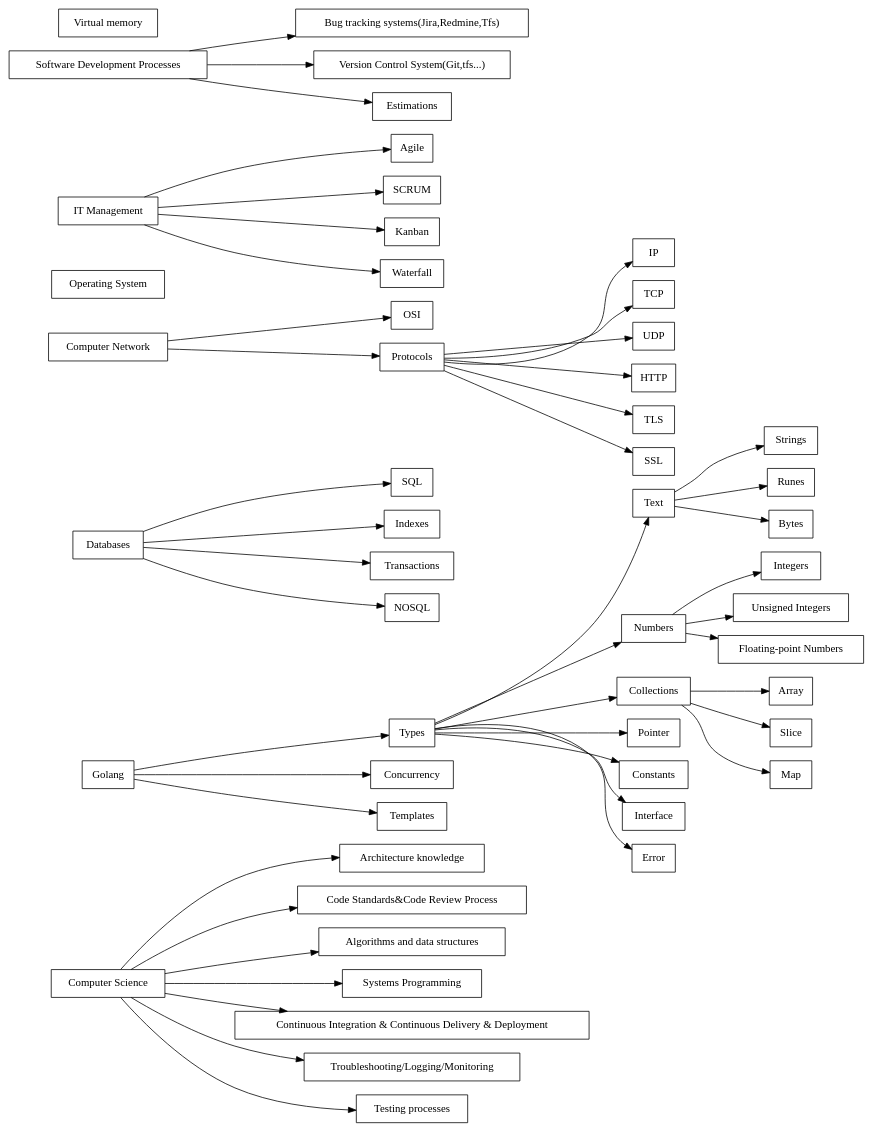
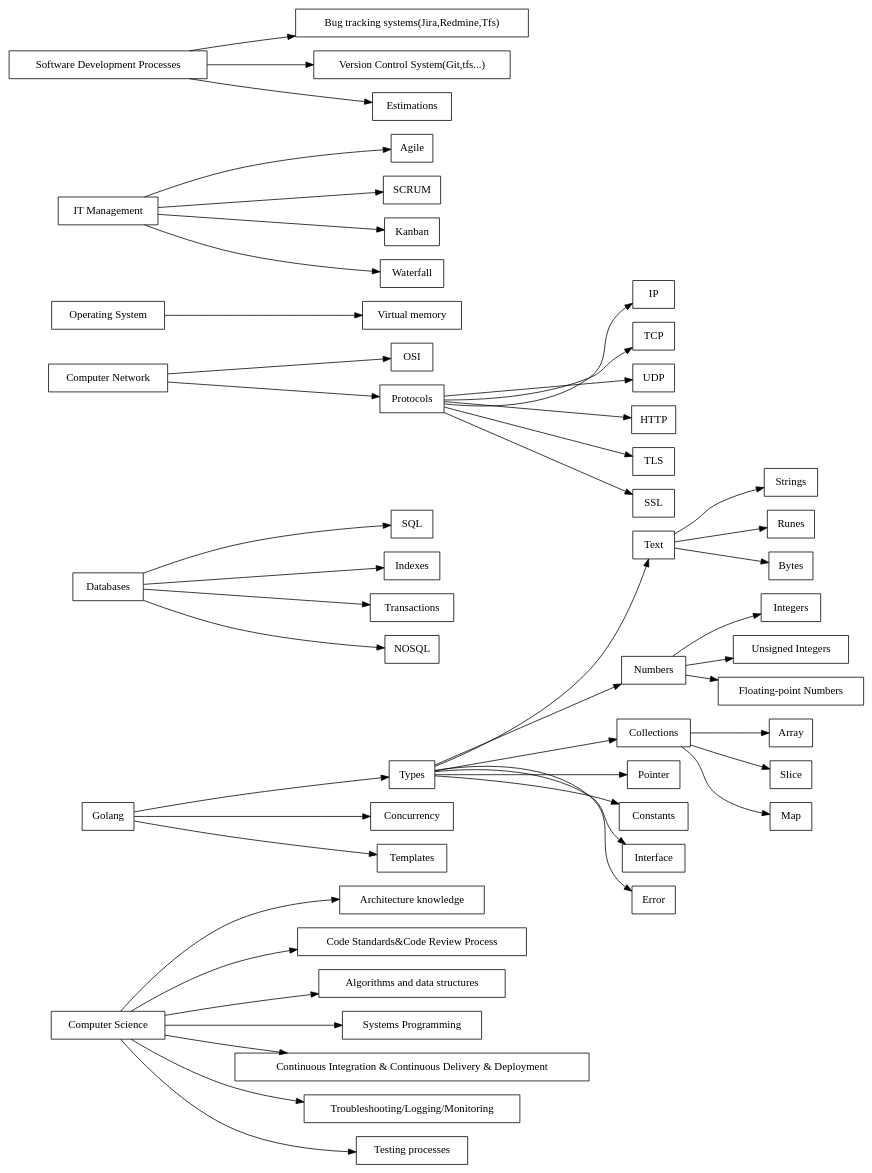
One commit to srce/roadmap changed the diagram in roadmap.dot. Above: the diagram before and after it, drawn with Graphviz. The commit also changed 1 other file, not shown here.

Commit message:
added virtual memoru to OS

```diff
--- a/roadmap.dot
+++ b/roadmap.dot
@@ -1,116 +1,118 @@
 // This document is written on DOT language
 // by Dzyanis Kuzmenka
 
 digraph backend {
     rankdir="LR";
     node [shape=box];
 
     cs         [label="Computer Science"];
     go         [label="Golang"];
     db         [label="Databases"];
     networks   [label="Computer Network"];
     os         [label="Operating System"];
     management [label="IT Management"];
     processing [label="Software Development Processes"];
 
     // Computer Science
     subgraph cs {
         cs -> {
             cs_architecture [label="Architecture knowledge"];
             cs_code         [label="Code Standards&Code Review Process"];
             cs_algorithms   [label="Algorithms and data structures"];
             cs_systems      [label="Systems Programming"];
             cs_ci           [label="Continuous Integration & Continuous Delivery & Deployment"];
             cs_debugging    [label="Troubleshooting/Logging/Monitoring"];
             cs_testing      [label="Testing processes"];
         }
     }
 
     // Software Development Processes
     subgraph processing {
         processing -> {
             processing_trackers    [label="Bug tracking systems(Jira,Redmine,Tfs)"];
             processing_vc          [label="Version Control System(Git,tfs...)"];
             processing_estimations [label="Estimations"];
         }
     }
 
     // Operating System
     subgraph os {
-        os_virtual_memory [label="Virtual memory"];
+        os -> {
+            os_virtual_memory [label="Virtual memory"];
+        }
     }
 
     // IT Management
     subgraph management {
         management -> {
             management_agile     [label="Agile"];
             management_scrum     [label="SCRUM"];
             management_kanban    [label="Kanban"];
             management_waterfall [label="Waterfall"];
         }
     }
 
     // Golang
     subgraph go {
         go -> {
             go_types       [label="Types"];
             go_concurrency [label="Concurrency"];
             go_templates   [label="Templates"];
         };
 
         go_types -> {
             go_types_text        [label="Text"];
             go_types_numbers     [label="Numbers"];
             go_types_collections [label="Collections"];
             go_types_pointer     [label="Pointer"];
             go_types_constant    [label="Constants"];
             go_types_interface   [label="Interface"];
             go_types_error       [label="Error"];
         };
 
         go_types_text -> {
             go_types_text_strings [label="Strings"];
             go_types_text_runes   [label="Runes"];
             go_types_text_bytes   [label="Bytes"];
         };
 
         go_types_numbers -> {
             go_types_numbers_int   [label="Integers"];
             go_types_numbers_uint  [label="Unsigned Integers"];
             go_types_numbers_float [label="Floating-point Numbers"];
         };
 
         go_types_collections -> {
             go_types_collections_array [label="Array"];
             go_types_collections_slice [label="Slice"];
             go_types_collections_map   [label="Map"];
         };
     }
 
     // Databases
     subgraph db {
         db -> {
             db_sql          [label="SQL"];
             db_indexes      [label="Indexes"];
             db_transactions [label="Transactions"];
             db_nosql        [label="NOSQL"];
         }
     }
 
     // Computer network
     subgraph networks {
         networks -> {
             networks_osi       [label="OSI"];
             networks_protocols [label="Protocols"];
         }
 
         networks_protocols -> {
             networks_protocols_IP   [label="IP"];
             networks_protocols_TCP  [label="TCP"];
             networks_protocols_UDP  [label="UDP"];
             networks_protocols_HTTP [label="HTTP"];
             networks_protocols_TLS  [label="TLS"];
             networks_protocols_SSL  [label="SSL"];
         }
     }
 }
```
